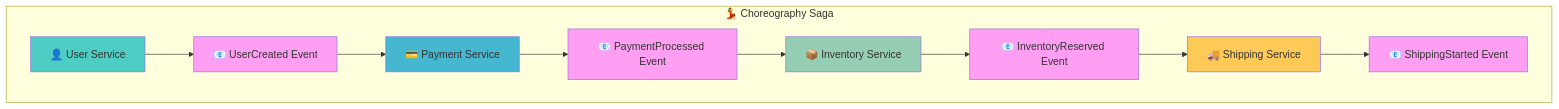
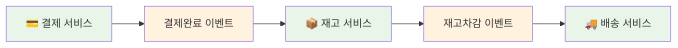
One commit to niceguy61/kdt_devops_lecture_2025 changed the sixth of 9 diagrams in theory/week_04/day1/session_3.md. Above: the diagram before and after it, drawn with Mermaid. The commit also changed other lines of this file and 5 other files, not shown here.

````diff
--- a/theory/week_04/day1/session_3.md
+++ b/theory/week_04/day1/session_3.md
@@ -233,24 +242,13 @@
 ```mermaid
-graph TB
-    subgraph "💃 Choreography Saga"
-        A[👤 User Service] --> E1[📧 UserCreated Event]
-        E1 --> B[💳 Payment Service]
-        
-        B --> E2[📧 PaymentProcessed Event]
-        E2 --> C[📦 Inventory Service]
-        
-        C --> E3[📧 InventoryReserved Event]
-        E3 --> D[🚚 Shipping Service]
-        
-        D --> E4[📧 ShippingStarted Event]
-    end
+graph LR
+    S1[💳 결제 서비스] --> E1[결제완료 이벤트]
+    E1 --> S2[📦 재고 서비스]
+    S2 --> E2[재고차감 이벤트]
+    E2 --> S3[🚚 배송 서비스]
     
-    style A fill:#4ecdc4
-    style B fill:#45b7d1
-    style C fill:#96ceb4
-    style D fill:#feca57
-    style E1 fill:#ff9ff3
-    style E2 fill:#ff9ff3
-    style E3 fill:#ff9ff3
-    style E4 fill:#ff9ff3
+    style E1 fill:#fff3e0
+    style E2 fill:#fff3e0
+    style S1 fill:#e8f5e8
+    style S2 fill:#e8f5e8
+    style S3 fill:#e8f5e8
 ```
````
